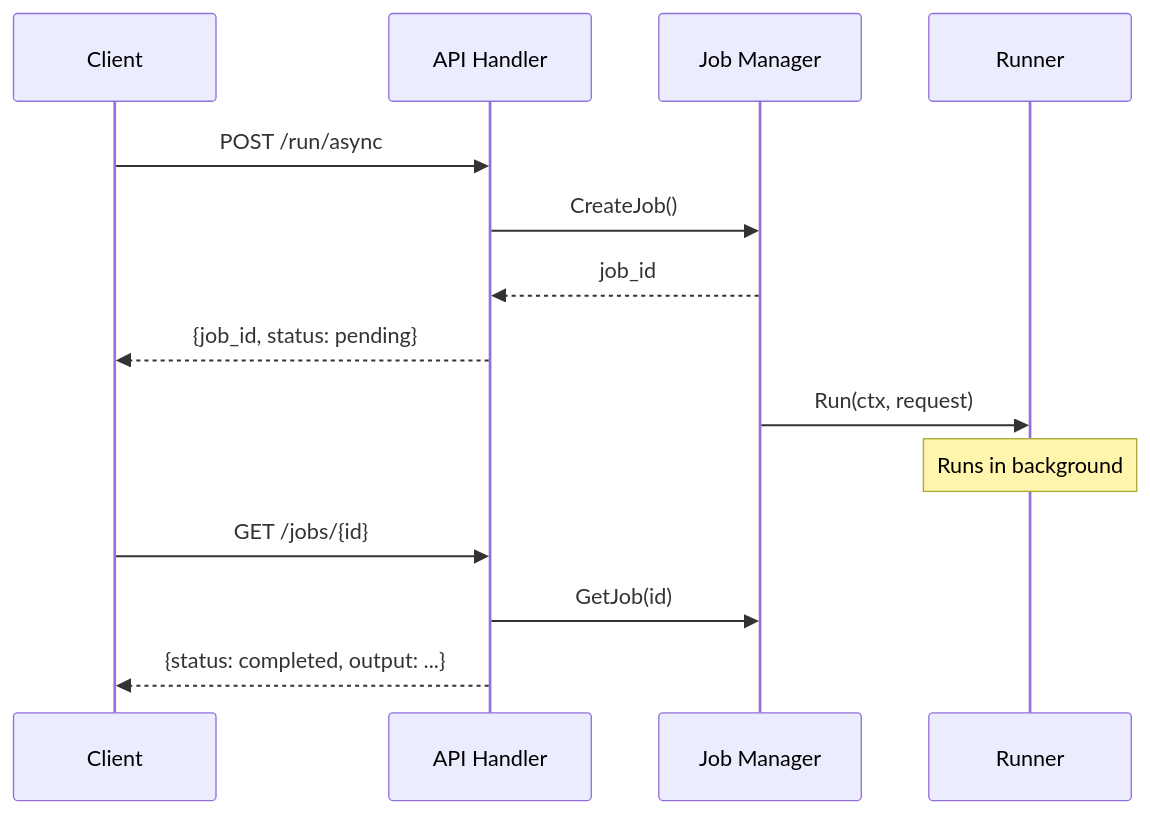
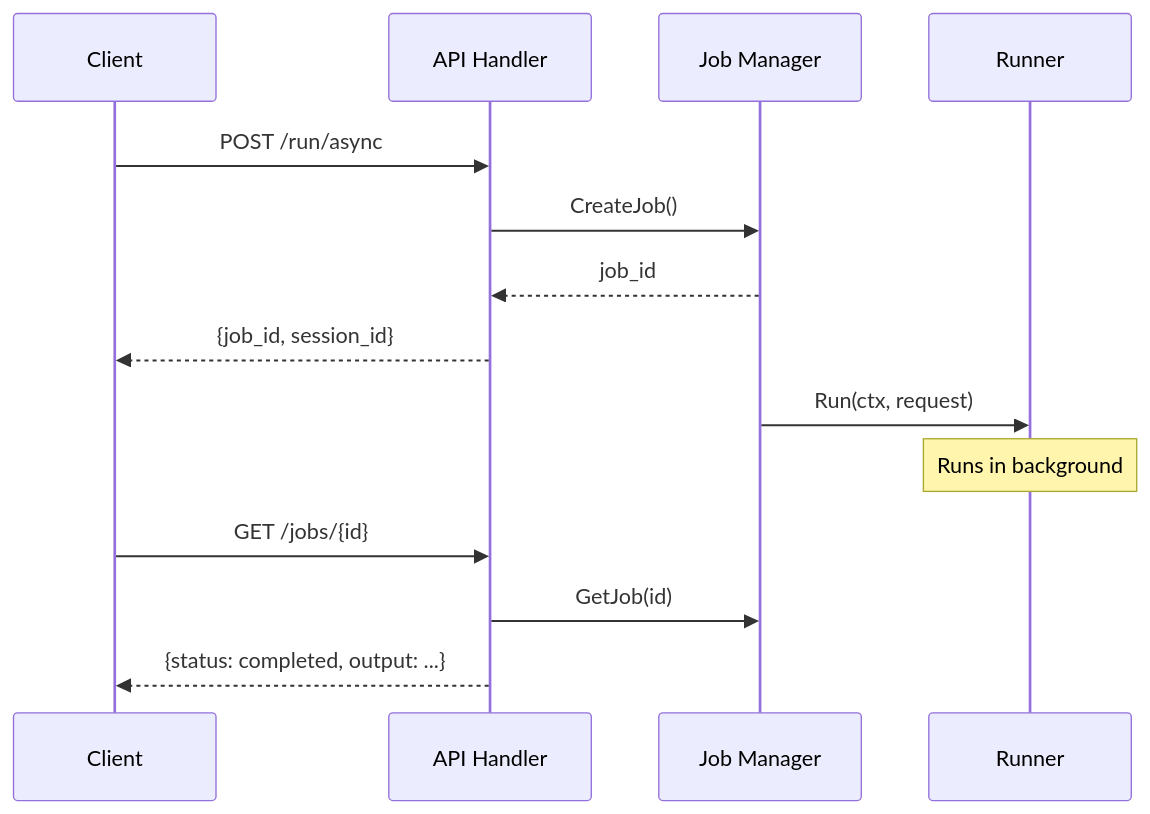
Before and after one commit to tomblancdev/stromboli: the third of 4 diagrams in docs/development/architecture.md, drawn with Mermaid. The commit also changed 8 other files, not shown here.

````diff
--- a/docs/development/architecture.md
+++ b/docs/development/architecture.md
@@ -95,19 +95,19 @@
 ```mermaid
 sequenceDiagram
     participant C as Client
     participant A as API Handler
     participant J as Job Manager
     participant R as Runner
 
     C->>A: POST /run/async
     A->>J: CreateJob()
     J-->>A: job_id
-    A-->>C: {job_id, status: pending}
+    A-->>C: {job_id, session_id}
 
     J->>R: Run(ctx, request)
     Note over R: Runs in background
 
     C->>A: GET /jobs/{id}
     A->>J: GetJob(id)
     A-->>C: {status: completed, output: ...}
 ```
````
